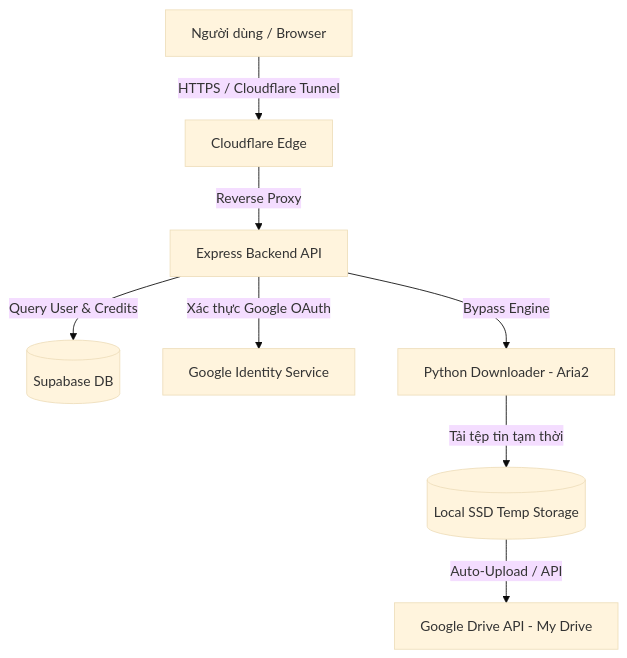
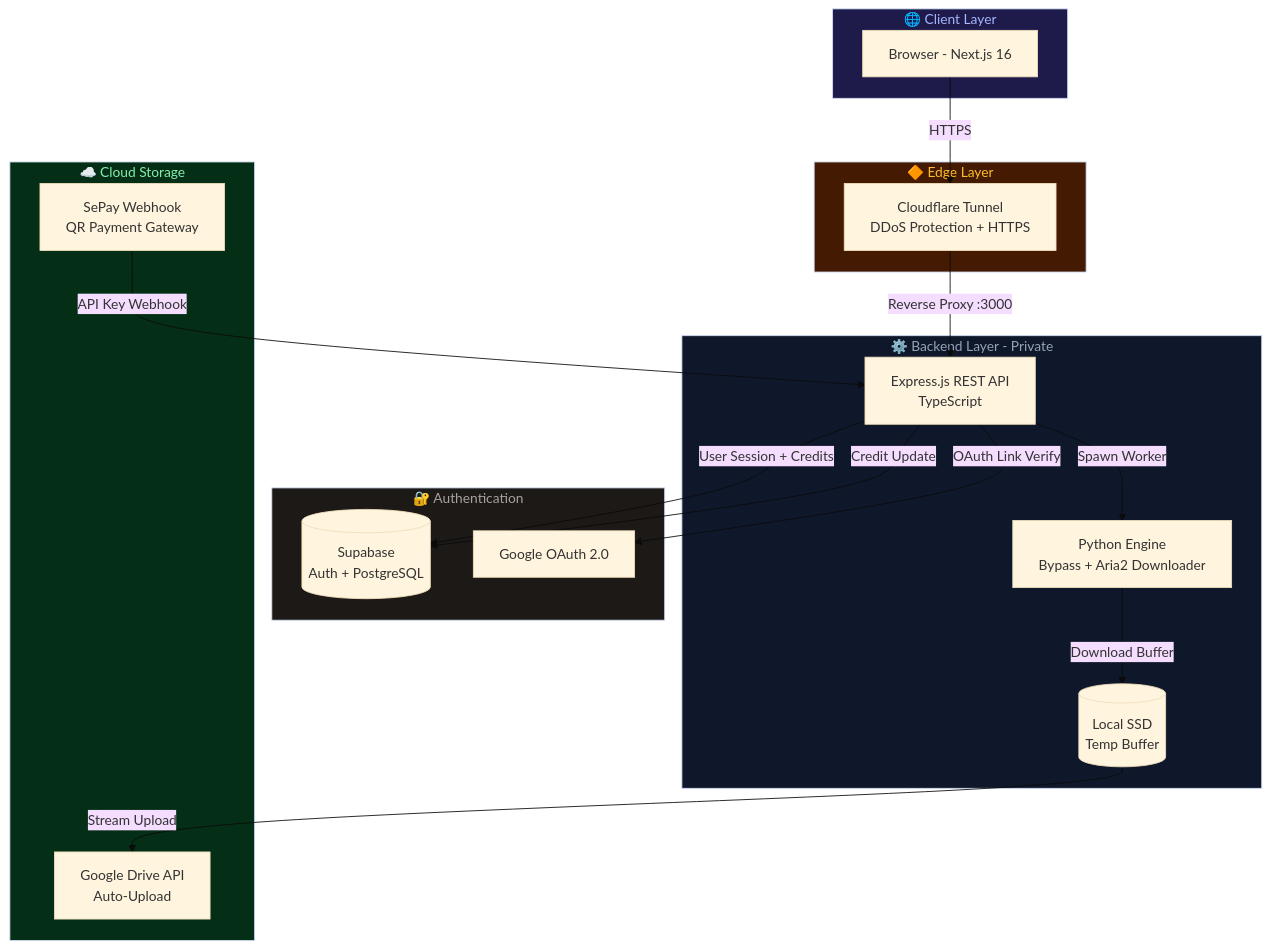
One commit to vanphu1201/gdrive-ultra-frontend changed the diagram in README.md. Above: the diagram before and after it, drawn with Mermaid (base theme). The commit also changed other lines of this file and 2 other files, not shown here.

Commit message:
docs: upgrade README.md with professional structure, badges, architecture diagram, and premium mockups

````diff
--- a/README.md
+++ b/README.md
@@ -50,10 +116,42 @@
 ```mermaid
 graph TD
-    User[Người dùng / Browser] -->|HTTPS / Cloudflare Tunnel| CF[Cloudflare Edge]
-    CF -->|Reverse Proxy| BE[Express Backend API]
-    BE -->|Query User & Credits| DB[(Supabase DB)]
-    BE -->|Xác thực Google OAuth| GoogleOAuth[Google Identity Service]
-    BE -->|Bypass Engine| Worker[Python Downloader - Aria2]
-    Worker -->|Tải tệp tin tạm thời| Disk[(Local SSD Temp Storage)]
-    Disk -->|Auto-Upload / API| GoogleDrive[Google Drive API - My Drive]
+    subgraph Client["🌐 Client Layer"]
+        B[Browser - Next.js 16]
+    end
+
+    subgraph Edge["🔶 Edge Layer"]
+        CF[Cloudflare Tunnel<br/>DDoS Protection + HTTPS]
+    end
+
+    subgraph Backend["⚙️ Backend Layer - Private"]
+        API[Express.js REST API<br/>TypeScript]
+        PY[Python Engine<br/>Bypass + Aria2 Downloader]
+        DISK[(Local SSD<br/>Temp Buffer)]
+    end
+
+    subgraph Auth["🔐 Authentication"]
+        SB[(Supabase<br/>Auth + PostgreSQL)]
+        GOAUTH[Google OAuth 2.0]
+    end
+
+    subgraph Cloud["☁️ Cloud Storage"]
+        GD[Google Drive API<br/>Auto-Upload]
+        PAY[SePay Webhook<br/>QR Payment Gateway]
+    end
+
+    B -->|HTTPS| CF
+    CF -->|Reverse Proxy :3000| API
+    API -->|User Session + Credits| SB
+    API -->|OAuth Link Verify| GOAUTH
+    API -->|Spawn Worker| PY
+    PY -->|Download Buffer| DISK
+    DISK -->|Stream Upload| GD
+    PAY -->|API Key Webhook| API
+    API -->|Credit Update| SB
+
+    style Client fill:#1e1b4b,color:#a5b4fc
+    style Edge fill:#451a03,color:#fbbf24
+    style Backend fill:#0f172a,color:#94a3b8
+    style Auth fill:#1c1917,color:#a8a29e
+    style Cloud fill:#052e16,color:#86efac
 ```
````
